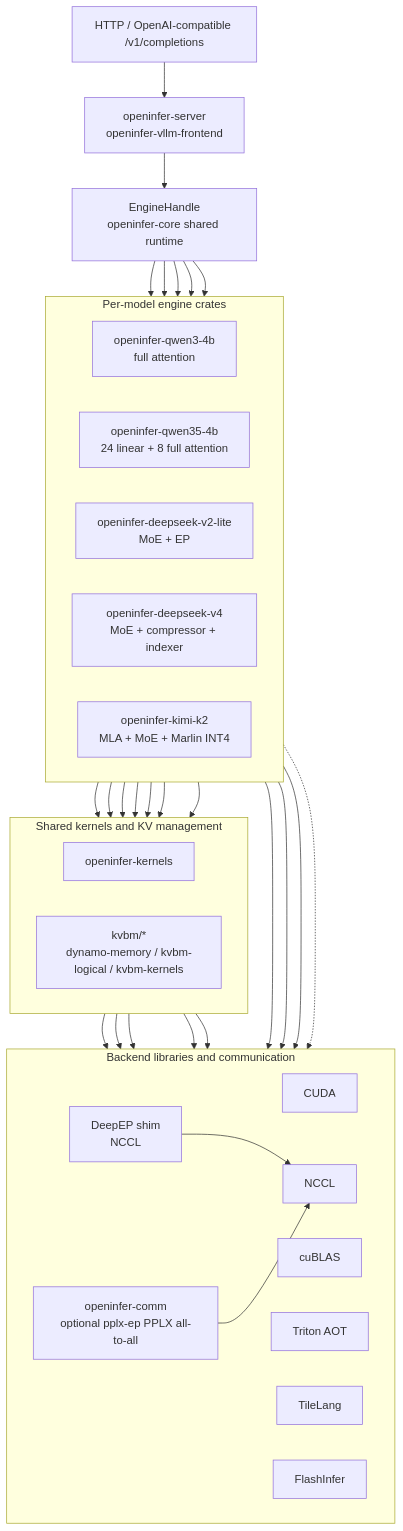
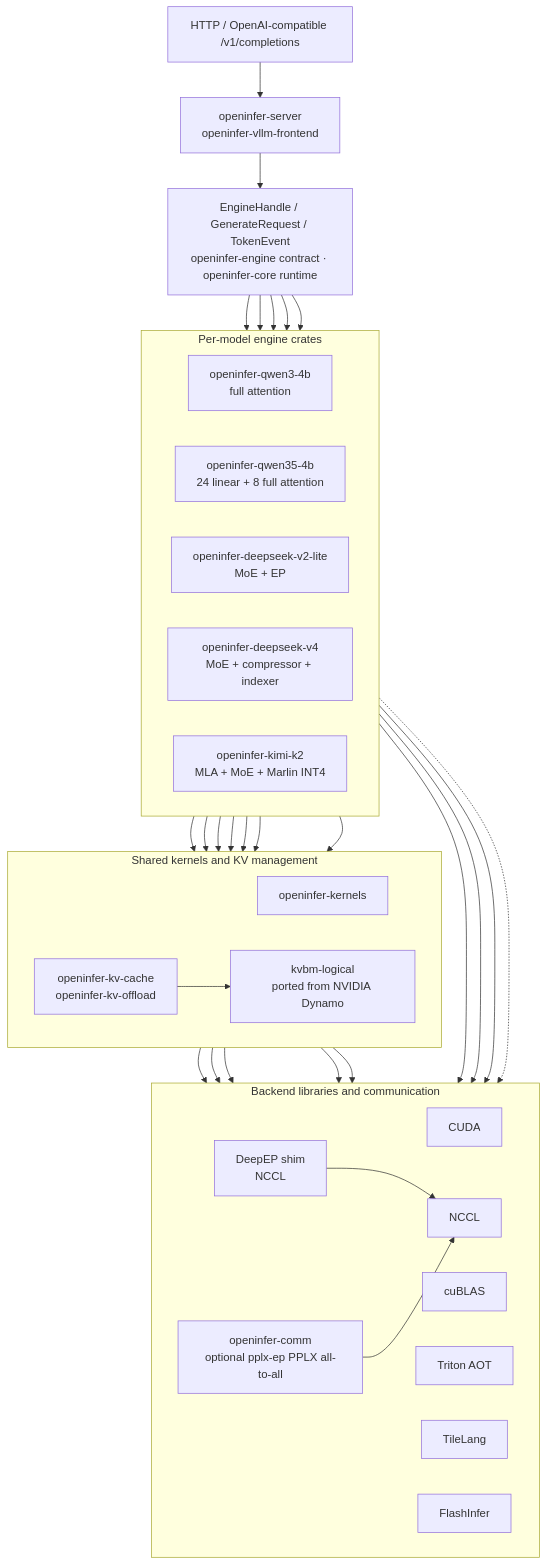
One commit to openinfer-project/openinfer changed the diagram in README.md. Above: the diagram before and after it, drawn with Mermaid. The commit also changed other lines of this file and 3 other files, not shown here.

````diff
--- a/README.md
+++ b/README.md
@@ -178,63 +192,65 @@
 ```mermaid
 flowchart TB
     api["HTTP / OpenAI-compatible /v1/completions"]
     frontend["openinfer-server<br/>openinfer-vllm-frontend"]
-    runtime["EngineHandle<br/>openinfer-core shared runtime"]
+    runtime["EngineHandle / GenerateRequest / TokenEvent<br/>openinfer-engine contract · openinfer-core runtime"]
 
     api --> frontend
     frontend --> runtime
 
     subgraph engines["Per-model engine crates"]
         direction LR
         qwen3["openinfer-qwen3-4b<br/>full attention"]
         qwen35["openinfer-qwen35-4b<br/>24 linear + 8 full attention"]
         dsv2["openinfer-deepseek-v2-lite<br/>MoE + EP"]
         dsv4["openinfer-deepseek-v4<br/>MoE + compressor + indexer"]
         kimi["openinfer-kimi-k2<br/>MLA + MoE + Marlin INT4"]
     end
 
     runtime --> qwen3
     runtime --> qwen35
     runtime --> dsv2
     runtime --> dsv4
     runtime --> kimi
 
     subgraph shared["Shared kernels and KV management"]
         direction LR
         kernels["openinfer-kernels"]
-        kvbm["kvbm/*<br/>dynamo-memory / kvbm-logical / kvbm-kernels"]
+        kvcache["openinfer-kv-cache<br/>openinfer-kv-offload"]
+        kvbm["kvbm-logical<br/>ported from NVIDIA Dynamo"]
     end
 
     qwen3 --> kernels
     qwen35 --> kernels
     dsv2 --> kernels
     dsv4 --> kernels
     kimi --> kernels
 
-    qwen3 --> kvbm
-    kimi --> kvbm
+    qwen3 --> kvcache
+    kimi --> kvcache
+    kvcache --> kvbm
 
     subgraph backends["Backend libraries and communication"]
         direction LR
         cuda["CUDA"]
         cublas["cuBLAS"]
         triton["Triton AOT"]
         tilelang["TileLang"]
         flashinfer["FlashInfer"]
         nccl["NCCL"]
         deepep["DeepEP shim<br/>NCCL"]
         comm["openinfer-comm<br/>optional pplx-ep PPLX all-to-all"]
     end
 
     kernels --> cuda
     kernels --> cublas
     kernels --> triton
     kernels --> tilelang
     kernels --> flashinfer
     dsv2 --> nccl
     dsv4 --> nccl
     kimi --> deepep
     deepep --> nccl
     dsv4 -.-> comm
     comm --> nccl
 ```
````
